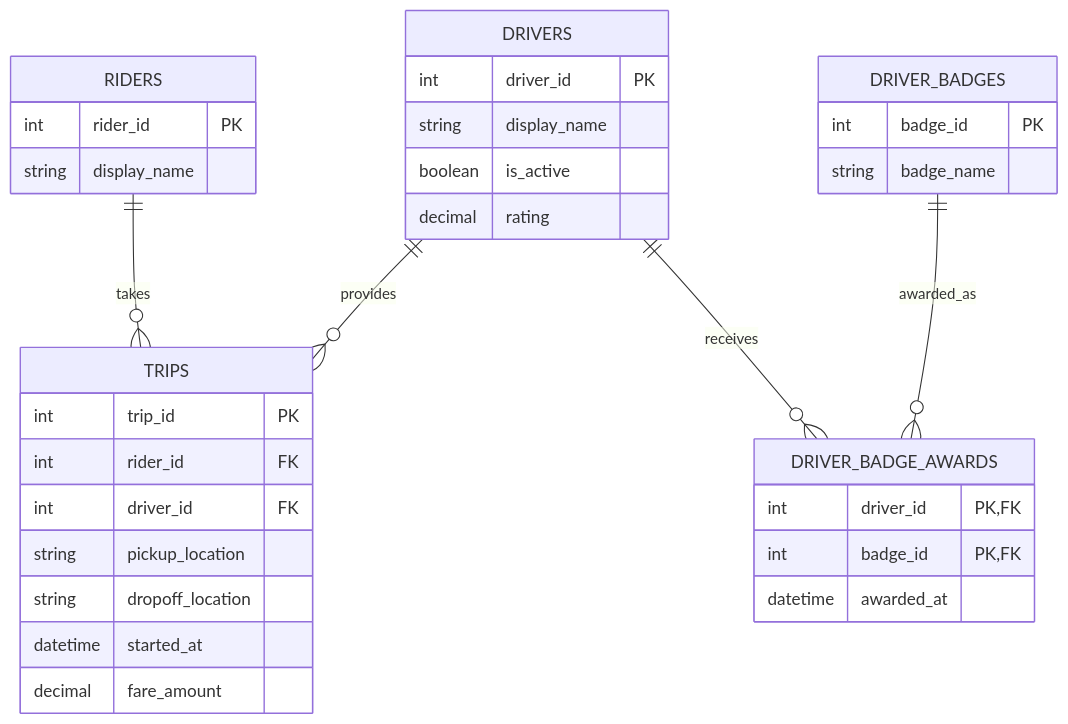
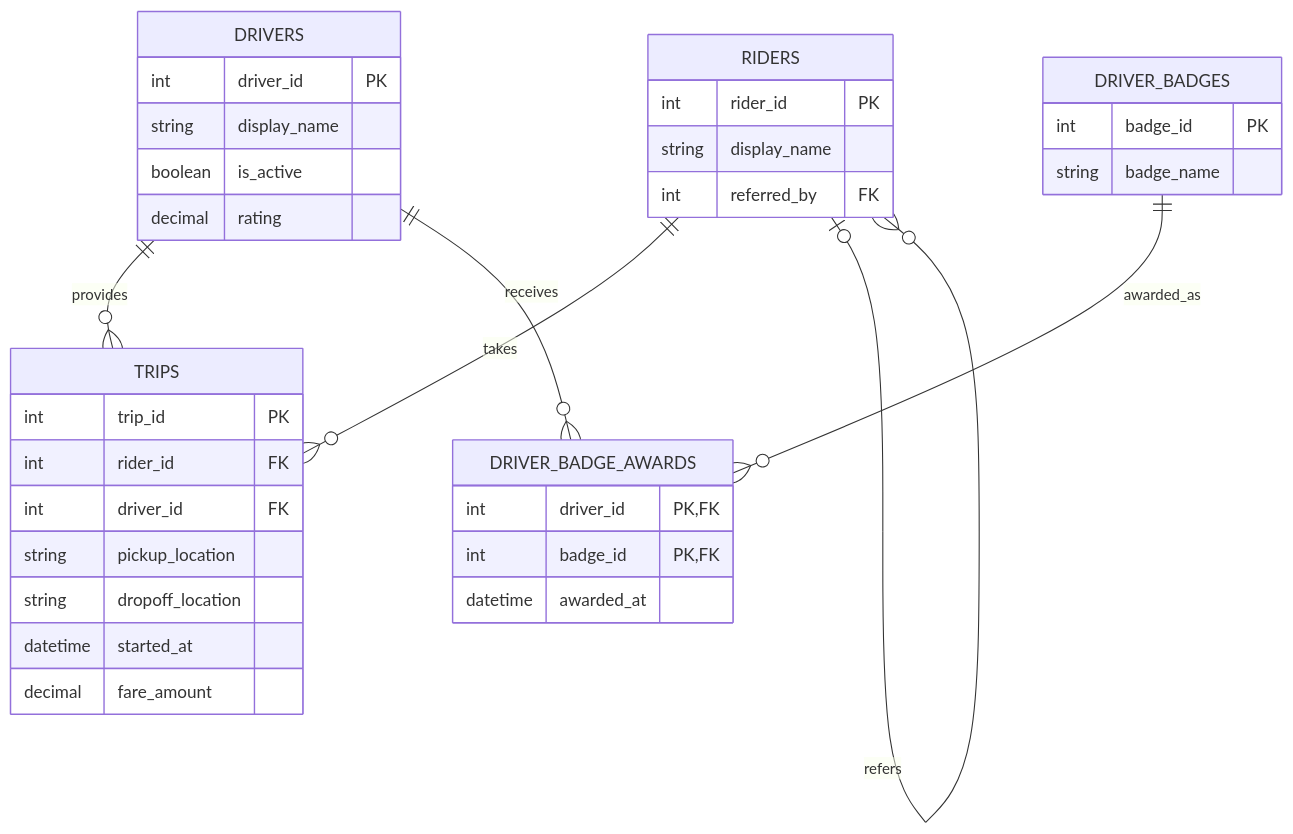
The diagram in schema/erd.mmd (mhndkhasawneh/ex603-ride-sharing-database), drawn with Mermaid before and after one commit. The commit also changed 5 other files, not shown here.

```diff
--- a/schema/erd.mmd
+++ b/schema/erd.mmd
@@ -1,38 +1,41 @@
 erDiagram
     RIDERS ||--o{ TRIPS : takes
     DRIVERS ||--o{ TRIPS : provides
     DRIVERS ||--o{ DRIVER_BADGE_AWARDS : receives
     DRIVER_BADGES ||--o{ DRIVER_BADGE_AWARDS : awarded_as
 
+    RIDERS o|--o{ RIDERS : refers
+
     RIDERS {
         int rider_id PK
         string display_name
+        int referred_by FK
     }
 
     DRIVERS {
         int driver_id PK
         string display_name
         boolean is_active
         decimal rating
     }
 
     TRIPS {
         int trip_id PK
         int rider_id FK
         int driver_id FK
         string pickup_location
         string dropoff_location
         datetime started_at
         decimal fare_amount
     }
 
     DRIVER_BADGES {
         int badge_id PK
         string badge_name
     }
 
     DRIVER_BADGE_AWARDS {
         int driver_id PK, FK
         int badge_id PK, FK
         datetime awarded_at
     }
```
